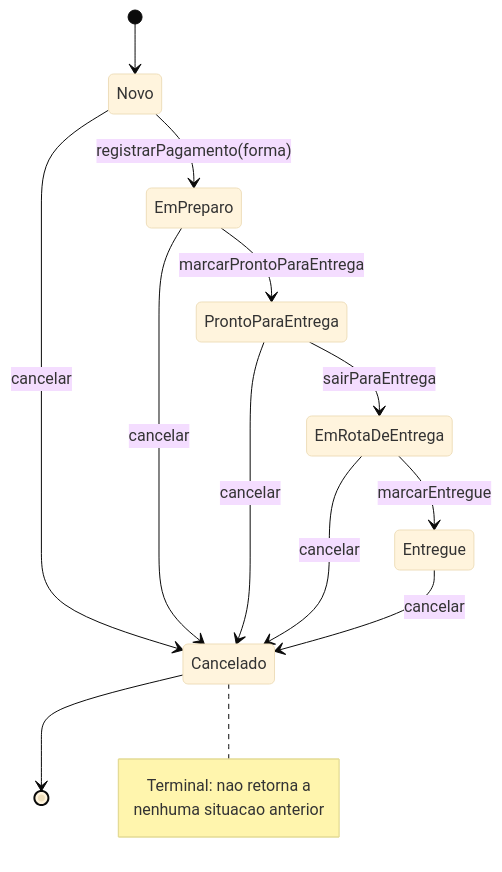
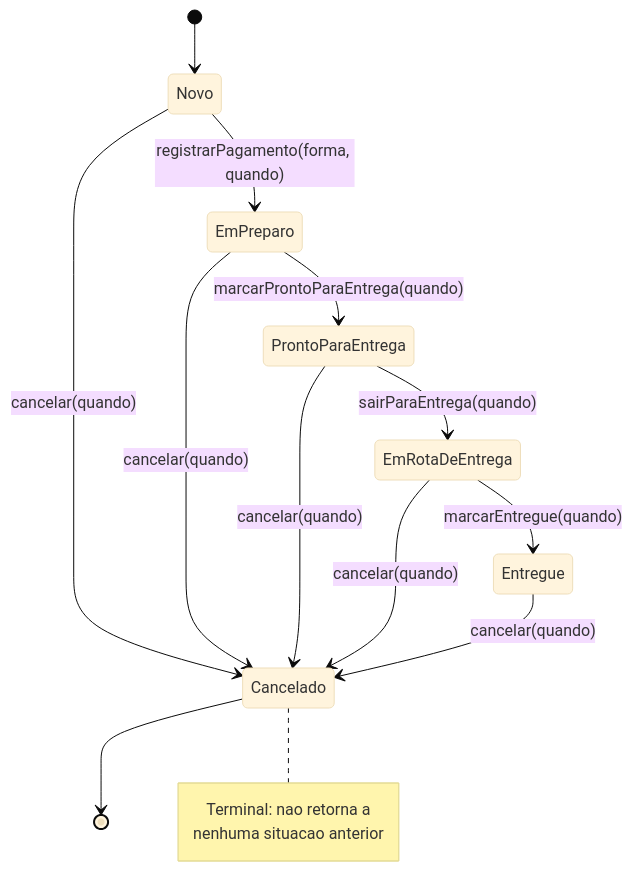
The first of 7 diagrams in openspec/specs/painel-acompanhamento-pedidos/state-machines.md (claytonfraga/painel_pedidos_component), drawn with Mermaid (base theme) before and after one commit. The commit also changed other lines of this file and 21 other files, not shown here.

````diff
--- a/openspec/specs/painel-acompanhamento-pedidos/state-machines.md
+++ b/openspec/specs/painel-acompanhamento-pedidos/state-machines.md
@@ -32,18 +39,18 @@
 ```mermaid
 stateDiagram-v2
     [*] --> Novo
-    Novo --> EmPreparo : registrarPagamento(forma)
-    Novo --> Cancelado : cancelar
-    EmPreparo --> ProntoParaEntrega : marcarProntoParaEntrega
-    EmPreparo --> Cancelado : cancelar
-    ProntoParaEntrega --> EmRotaDeEntrega : sairParaEntrega
-    ProntoParaEntrega --> Cancelado : cancelar
-    EmRotaDeEntrega --> Entregue : marcarEntregue
-    EmRotaDeEntrega --> Cancelado : cancelar
-    Entregue --> Cancelado : cancelar
+    Novo --> EmPreparo : registrarPagamento(forma, quando)
+    Novo --> Cancelado : cancelar(quando)
+    EmPreparo --> ProntoParaEntrega : marcarProntoParaEntrega(quando)
+    EmPreparo --> Cancelado : cancelar(quando)
+    ProntoParaEntrega --> EmRotaDeEntrega : sairParaEntrega(quando)
+    ProntoParaEntrega --> Cancelado : cancelar(quando)
+    EmRotaDeEntrega --> Entregue : marcarEntregue(quando)
+    EmRotaDeEntrega --> Cancelado : cancelar(quando)
+    Entregue --> Cancelado : cancelar(quando)
     Cancelado --> [*]
     note right of Cancelado
       Terminal: nao retorna a
       nenhuma situacao anterior
     end note
 ```
````
